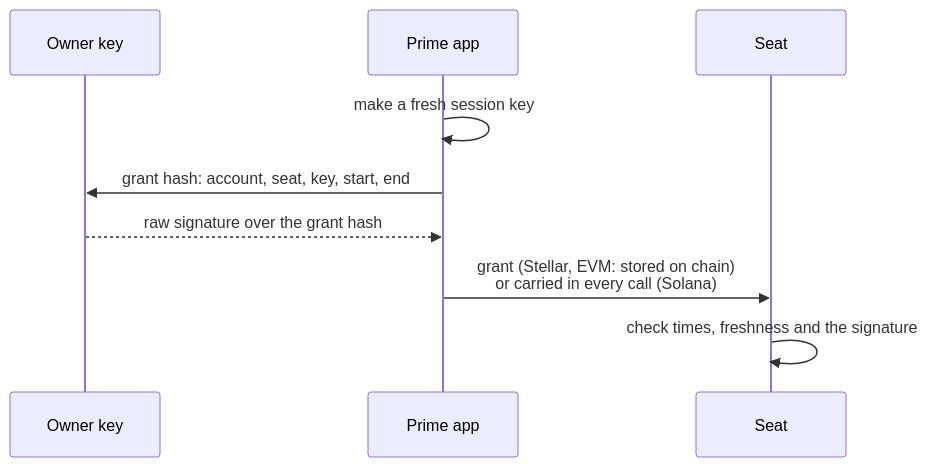
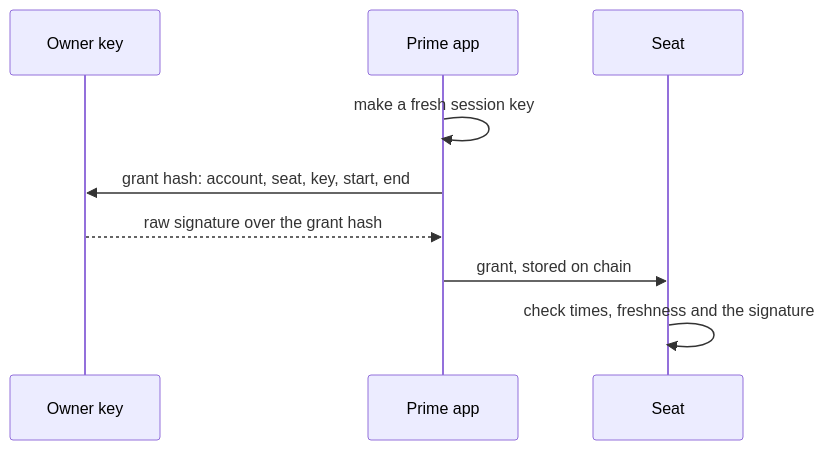
One commit to untangledfinance/oz-policy-builder changed the fifth of 6 diagrams in docs/architecture.md. Above: the diagram before and after it, drawn with Mermaid. The commit also changed other lines of this file and 3 other files, not shown here.

````diff
--- a/docs/architecture.md
+++ b/docs/architecture.md
@@ -227,11 +226,11 @@
 ```mermaid
 sequenceDiagram
   participant O as Owner key
   participant A as Prime app
   participant S as Seat
   A->>A: make a fresh session key
   A->>O: grant hash: account, seat, key, start, end
   O-->>A: raw signature over the grant hash
-  A->>S: grant (Stellar, EVM: stored on chain)<br/>or carried in every call (Solana)
+  A->>S: grant, stored on chain
   S->>S: check times, freshness and the signature
 ```
````
